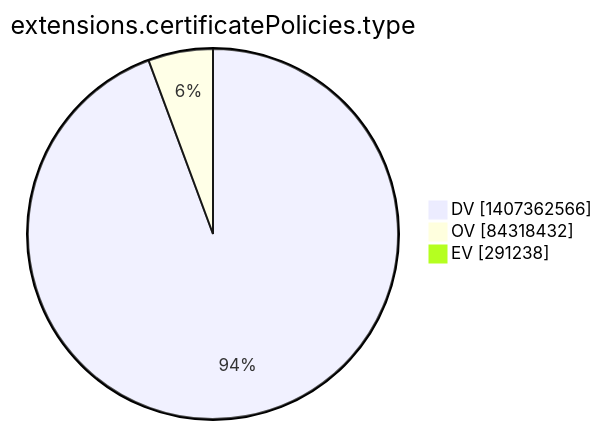
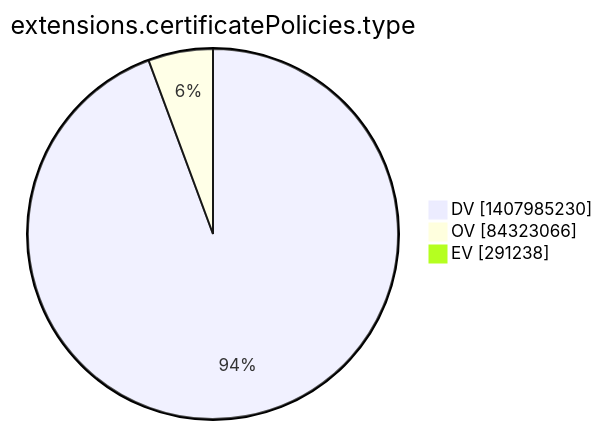
One commit to christiankrug/ctmonitor_visualization changed the tenth of 15 diagrams in argon2022/README.md. Above: the diagram before and after it, drawn with Mermaid. The commit also changed other lines of this file, not shown here.

````diff
--- a/argon2022/README.md
+++ b/argon2022/README.md
@@ -2773,7 +2773,7 @@
 ```mermaid
 pie showData
 title extensions.certificatePolicies.type
-"DV" :1407362566
-"OV" :84318432
+"DV" :1407985230
+"OV" :84323066
 "EV" :291238
 ```
````
